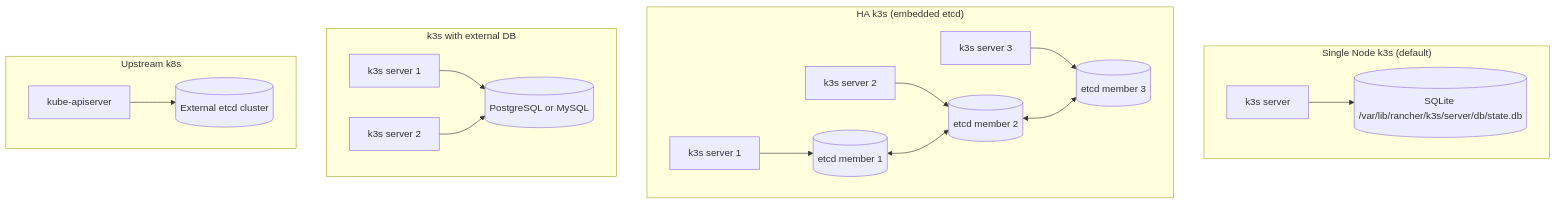
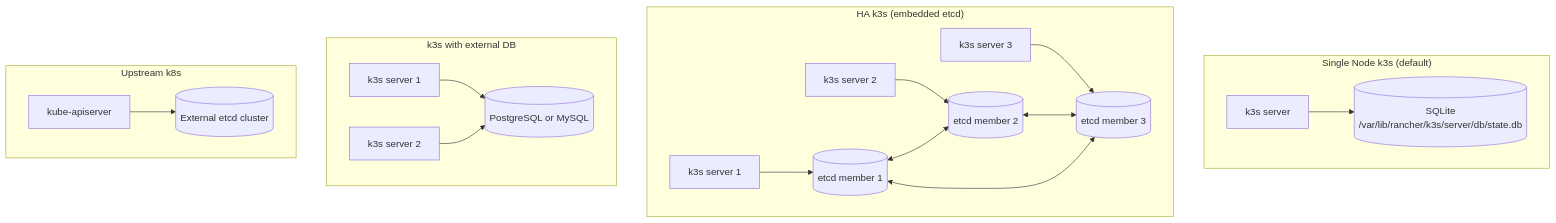
Before and after one commit to UncleJS/course_k3s: the third of 5 diagrams in 01_introduction/02_k3s_vs_k8s.md, drawn with Mermaid. The commit also changed other lines of this file and 45 other files, not shown here.

First line of the commit message:
Expand all course lessons: Mermaid diagrams + rich prose across 43 files

````diff
--- a/01_introduction/02_k3s_vs_k8s.md
+++ b/01_introduction/02_k3s_vs_k8s.md
@@ -171,19 +277,21 @@
 ```mermaid
 flowchart TD
     subgraph "Single Node k3s (default)"
-        A[k3s server] --> B[(SQLite /var/lib/rancher/k3s/server/db/state.db)]
+        A["k3s server"] --> B[("SQLite<br/>/var/lib/rancher/k3s/server/db/state.db")]
     end
     subgraph "HA k3s (embedded etcd)"
-        S1[k3s server 1] --> E1[(etcd member 1)]
-        S2[k3s server 2] --> E2[(etcd member 2)]
-        S3[k3s server 3] --> E3[(etcd member 3)]
-        E1 <--> E2 <--> E3
+        S1["k3s server 1"] --> E1[("etcd member 1")]
+        S2["k3s server 2"] --> E2[("etcd member 2")]
+        S3["k3s server 3"] --> E3[("etcd member 3")]
+        E1 <--> E2
+        E2 <--> E3
+        E1 <--> E3
     end
     subgraph "k3s with external DB"
-        S4[k3s server 1] --> PG[(PostgreSQL or MySQL)]
-        S5[k3s server 2] --> PG
+        S4["k3s server 1"] --> PG[("PostgreSQL or MySQL")]
+        S5["k3s server 2"] --> PG
     end
     subgraph "Upstream k8s"
-        K[kube-apiserver] --> EE[(External etcd cluster)]
+        K["kube-apiserver"] --> EE[("External etcd cluster")]
     end
 ```
````
